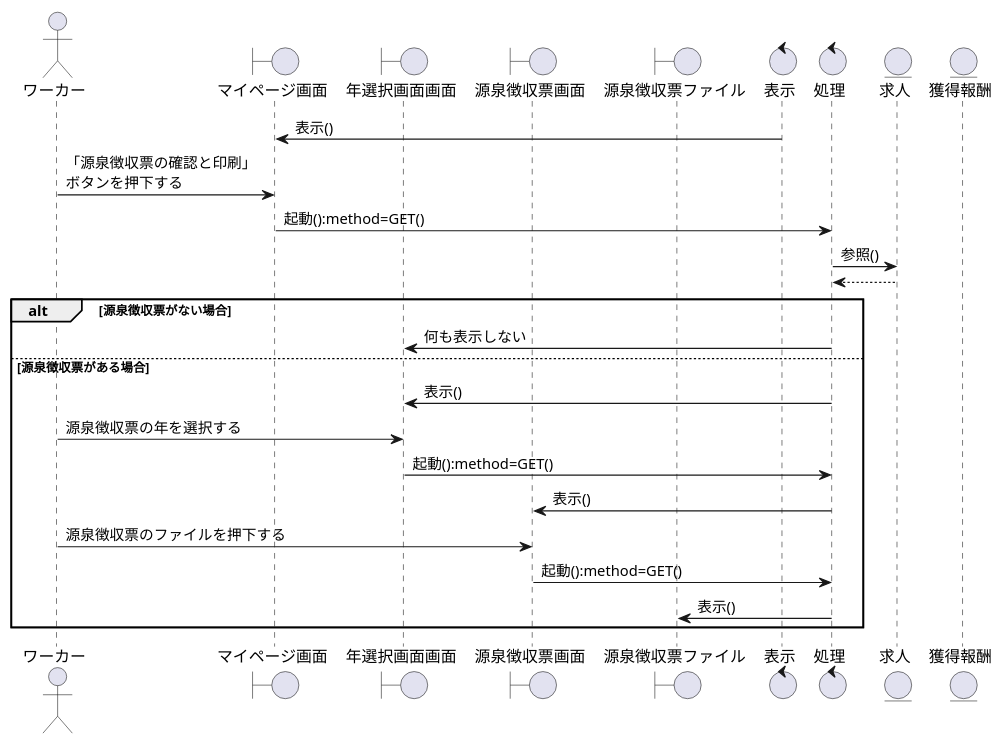
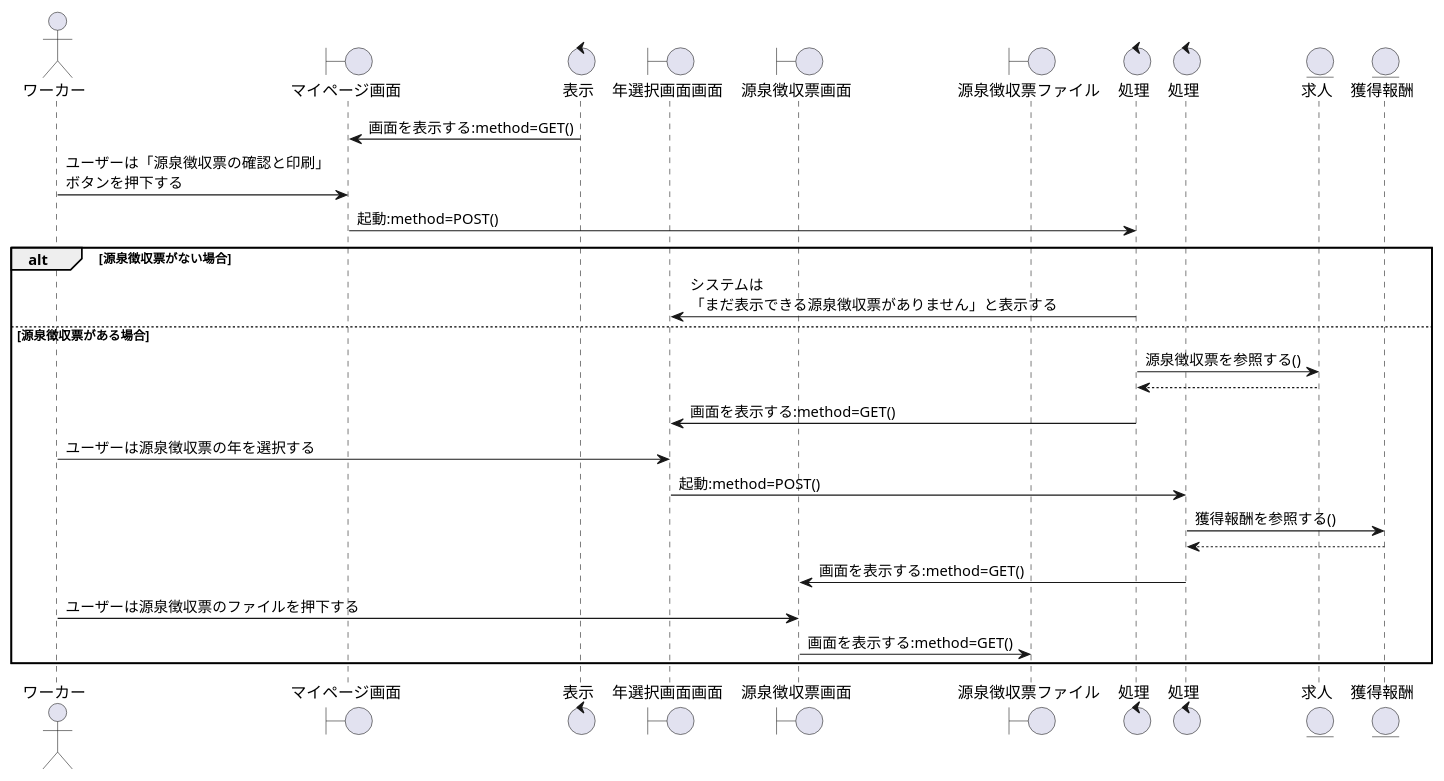
The diagram in sequence_fig/7_acconts_fn/10_源泉徴収票の確認をする.pu (irukacb256/high_Me), drawn with PlantUML before and after one commit. The commit also changed 9 other files, not shown here.

```diff
--- a/sequence_fig/7_acconts_fn/10_源泉徴収票の確認をする.pu
+++ b/sequence_fig/7_acconts_fn/10_源泉徴収票の確認をする.pu
@@ -1,36 +1,39 @@
 @startuml 源泉徴収票の確保と印刷をする
 
 actor ワーカー as wo1
 
 boundary マイページ画面 as bo1
+control 表示 as co1
 boundary 年選択画面画面 as bo2
 boundary 源泉徴収票画面 as bo3
 boundary 源泉徴収票ファイル as bo4
 
-control 表示 as co1
 control 処理 as co2
+control 処理 as co3
 
 entity 求人 as en1
 entity 獲得報酬 as en2
 
-co1 -> bo1:表示()
-wo1 -> bo1:「源泉徴収票の確認と印刷」\nボタンを押下する
-bo1 -> co2:起動():method=GET()
-co2 -> en1:参照()
-en1 --> co2
+co1 -> bo1:画面を表示する:method=GET()
+wo1 -> bo1:ユーザーは「源泉徴収票の確認と印刷」\nボタンを押下する
+bo1 -> co2:起動:method=POST()
+
 alt 源泉徴収票がない場合
-    co2 -> bo2:何も表示しない
+    co2 -> bo2:システムは\n「まだ表示できる源泉徴収票がありません」と表示する
 
 else 源泉徴収票がある場合
-    co2 -> bo2:表示()
+    co2 -> en1:源泉徴収票を参照する()
+    en1 --> co2
+    co2 -> bo2:画面を表示する:method=GET()
 
-    wo1 -> bo2:源泉徴収票の年を選択する
-    bo2 -> co2:起動():method=GET()
-    co2 -> bo3:表示()
+    wo1 -> bo2:ユーザーは源泉徴収票の年を選択する
+    bo2 -> co3:起動:method=POST()
+    co3 -> en2:獲得報酬を参照する()
+    co3 <-- en2
+    co3 -> bo3:画面を表示する:method=GET()
 
-    wo1 -> bo3:源泉徴収票のファイルを押下する
-    bo3 -> co2:起動():method=GET()
-    co2 -> bo4:表示()
+    wo1 -> bo3:ユーザーは源泉徴収票のファイルを押下する
+    bo3 -> bo4:画面を表示する:method=GET()
 
 end
 @enduml
```
